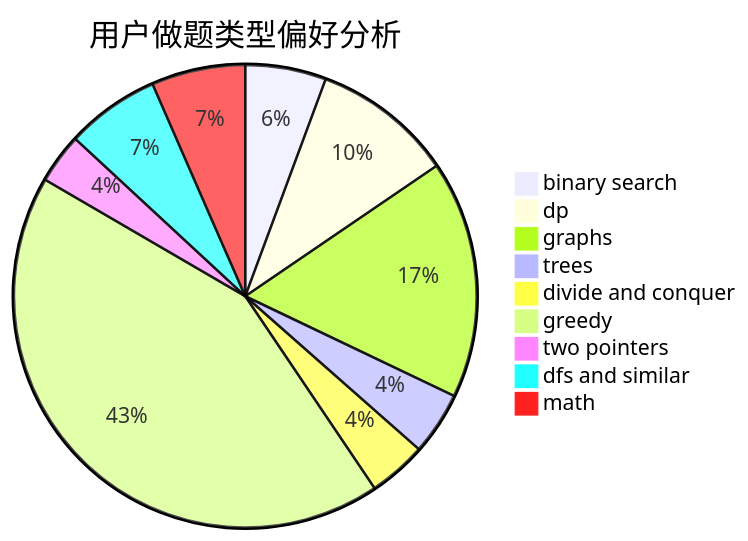
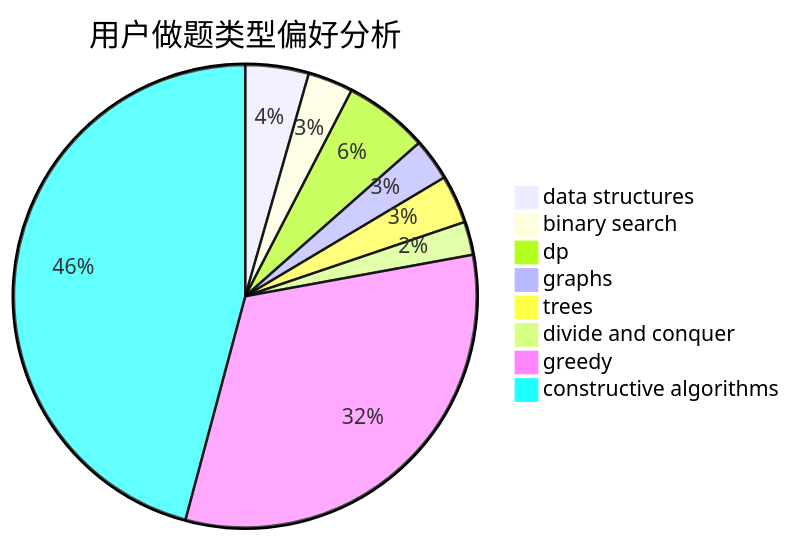
Before and after one commit to sherpahu/cfrs.github.io: the second of 3 diagrams in docs/user/u2427.md, drawn with Mermaid. The commit also changed other lines of this file and 2775 other files, not shown here.

````diff
--- a/docs/user/u2427.md
+++ b/docs/user/u2427.md
@@ -23,12 +23,11 @@
 ```mermaid
 pie title 用户做题类型偏好分析
-    "binary search" :  50
-    "dp" :  87
-    "graphs" :  147
-    "trees" :  39
-    "divide and conquer" :  36
-    "greedy" :  379
-    "two pointers" :  31
-    "dfs and similar" :  58
-    "math" :  58
+    "data structures" :  42
+    "binary search" :  30
+    "dp" :  56
+    "graphs" :  28
+    "trees" :  32
+    "divide and conquer" :  22
+    "greedy" :  304
+    "constructive algorithms" :  435
 ```
````
